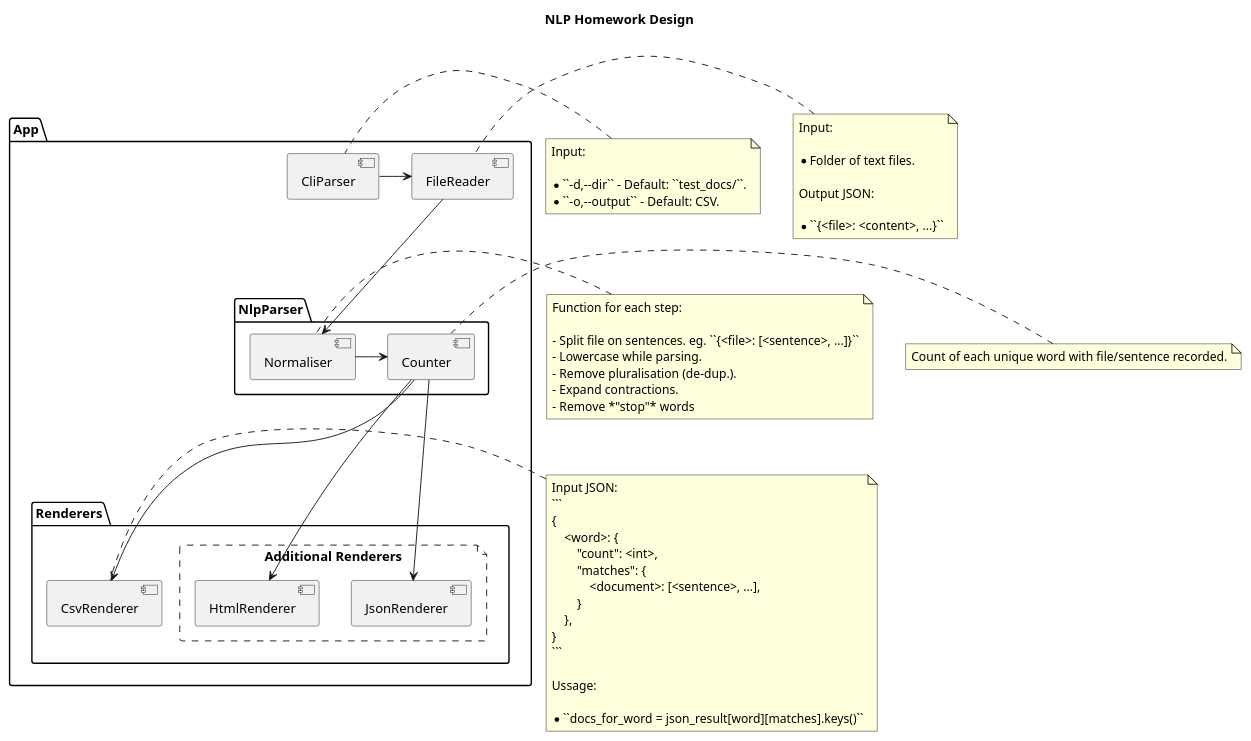
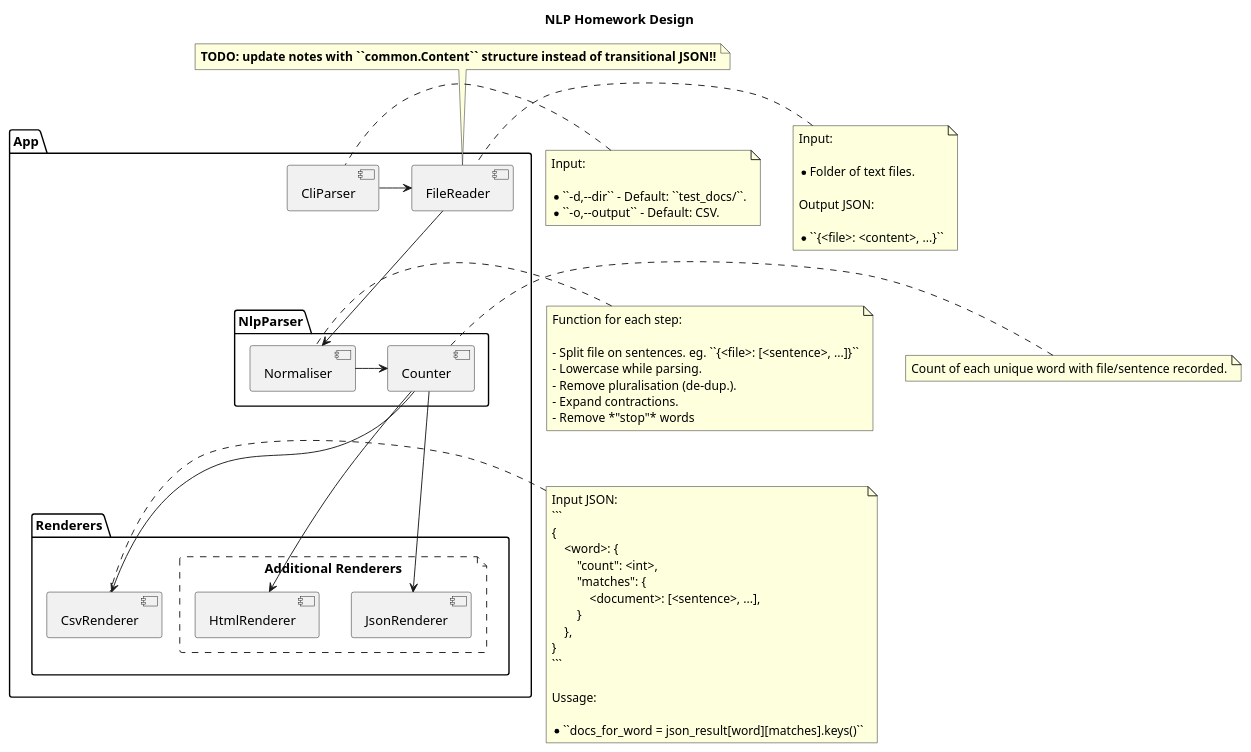
Before and after one commit to jackson15j/python_homework_nlp: the diagram in docs/design.plantuml, drawn with PlantUML.

Commit message:
TODO note to update design with `common.Content`!!

````diff
--- a/docs/design.plantuml
+++ b/docs/design.plantuml
@@ -1,80 +1,84 @@
 @startuml design
 title NLP Homework Design
 
 !pragma useNewPackage
 set separator .
 
 
 package App {
         component CliParser
         component FileReader
         package NlpParser {
                 component Normaliser
                 component Counter
         }
         package Renderers {
                 component CsvRenderer
                 file ar as "Additional Renderers" #line.dashed {
                         component JsonRenderer
                         component HtmlRenderer
                 }
         }
 }
 
 CliParser -right-> FileReader
 FileReader --> Normaliser
 Normaliser -right-> Counter
 Counter --> CsvRenderer
 Counter --> HtmlRenderer
 Counter --> JsonRenderer
 
+
+note top of FileReader
+**TODO: update notes with ``common.Content`` structure instead of transitional JSON!!**
+end note
 
 note left of CliParser
         Input:
 
         * ``-d,--dir`` - Default: ``test_docs/``.
         * ``-o,--output`` - Default: CSV.
 end note
 
 note left of FileReader
         Input:
 
         * Folder of text files.
 
         Output JSON:
 
         * ``{<file>: <content>, ...}``
 end note
 
 note left of Normaliser
         Function for each step:
 
         - Split file on sentences. eg. ``{<file>: [<sentence>, ...]}``
         - Lowercase while parsing.
         - Remove pluralisation (de-dup.).
         - Expand contractions.
         - Remove *"stop"* words
 end note
 
 note left of Counter
         Count of each unique word with file/sentence recorded.
 end note
 
 note left of CsvRenderer
         Input JSON:
         ```
         {
             <word>: {
                 "count": <int>,
                 "matches": {
                     <document>: [<sentence>, ...],
                 }
             },
         }
         ```
 
         Ussage:
 
         * ``docs_for_word = json_result[word][matches].keys()``
 end note
 @enduml
````
